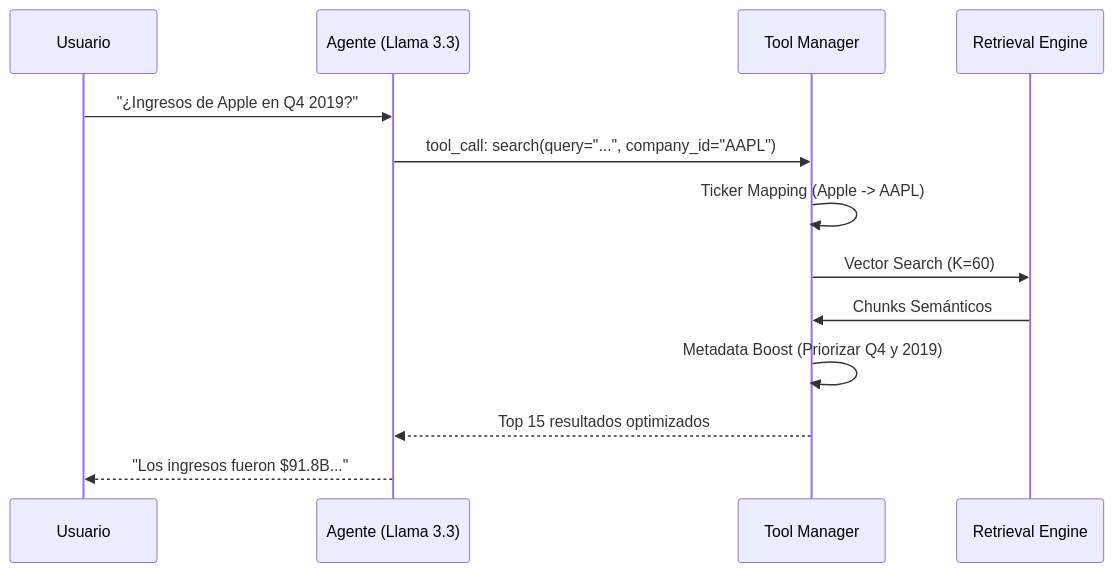
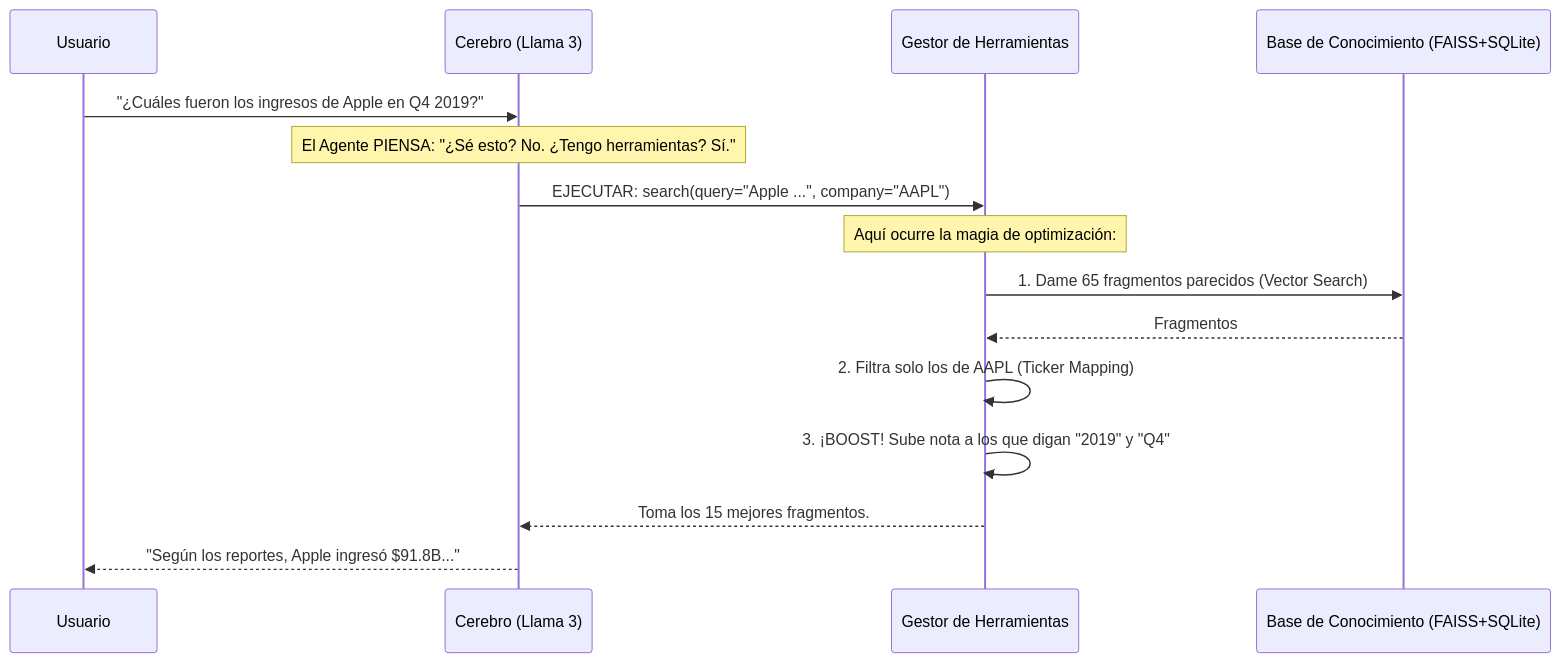
The diagram in docs/architecture.md (alvaroiniguezdisla/Arquitectura_rag_earnings_NSDQ), drawn with Mermaid before and after one commit. The commit also changed other lines of this file and 1 other file, not shown here.

````diff
--- a/docs/architecture.md
+++ b/docs/architecture.md
@@ -16,16 +46,20 @@
 ```mermaid
 sequenceDiagram
     participant U as Usuario
-    participant Agent as Agente (Llama 3.3)
-    participant TM as Tool Manager
-    participant R as Retrieval Engine
+    participant Agente as Cerebro (Llama 3)
+    participant Tools as Gestor de Herramientas
+    participant DB as Base de Conocimiento (FAISS+SQLite)
+
+    U->>Agente: "¿Cuáles fueron los ingresos de Apple en Q4 2019?"
+    Note over Agente: El Agente PIENSA: "¿Sé esto? No. ¿Tengo herramientas? Sí."
+    Agente->>Tools: EJECUTAR: search(query="Apple ...", company="AAPL")
     
-    U->>Agent: "¿Ingresos de Apple en Q4 2019?"
-    Agent->>TM: tool_call: search(query="...", company_id="AAPL")
-    TM->>TM: Ticker Mapping (Apple -> AAPL)
-    TM->>R: Vector Search (K=60)
-    R->>TM: Chunks Semánticos
-    TM->>TM: Metadata Boost (Priorizar Q4 y 2019)
-    TM-->>Agent: Top 15 resultados optimizados
-    Agent-->>U: "Los ingresos fueron $91.8B..."
+    Note over Tools: Aquí ocurre la magia de optimización:
+    Tools->>DB: 1. Dame 65 fragmentos parecidos (Vector Search)
+    DB-->>Tools: Fragmentos
+    Tools->>Tools: 2. Filtra solo los de AAPL (Ticker Mapping)
+    Tools->>Tools: 3. ¡BOOST! Sube nota a los que digan "2019" y "Q4"
+    
+    Tools-->>Agente: Toma los 15 mejores fragmentos.
+    Agente-->>U: "Según los reportes, Apple ingresó $91.8B..."
 ```
````
